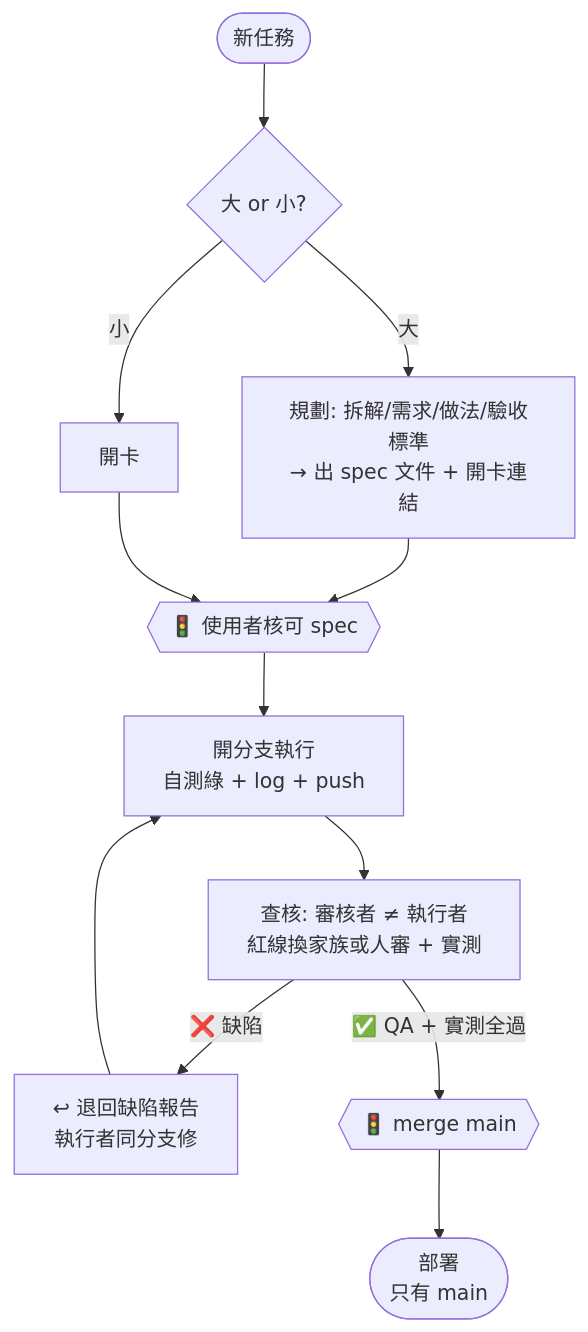
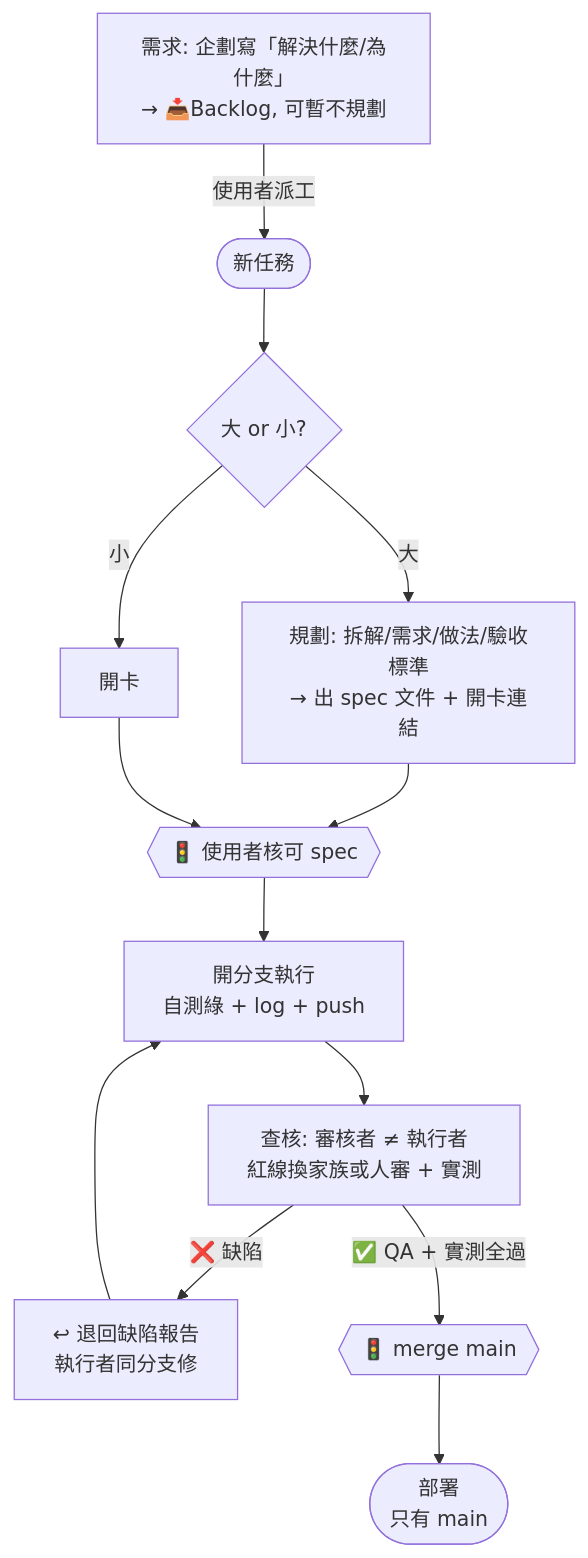
One commit to ruan6047/ai-workflow changed the first of 2 diagrams in AI_WORKFLOW.md. Above: the diagram before and after it, drawn with Mermaid. The commit also changed other lines of this file and 1 other file, not shown here.

````diff
--- a/AI_WORKFLOW.md
+++ b/AI_WORKFLOW.md
@@ -22,14 +22,15 @@
 ```mermaid
 flowchart TB
-    N([新任務]) --> Q{大 or 小?}
+    RQ[需求: 企劃寫「解決什麼/為什麼」<br/>→ 📥Backlog, 可暫不規劃] -->|使用者派工| N([新任務])
+    N --> Q{大 or 小?}
     Q -->|小| C[開卡]
     Q -->|大| PL[規劃: 拆解/需求/做法/驗收標準<br/>→ 出 spec 文件 + 開卡連結]
     PL --> G1{{🚦 使用者核可 spec}}
     C --> G1
     G1 --> B[開分支執行<br/>自測綠 + log + push]
     B --> RV[查核: 審核者 ≠ 執行者<br/>紅線換家族或人審 + 實測]
     RV -->|❌ 缺陷| RJ[↩ 退回缺陷報告<br/>執行者同分支修]
     RJ --> B
     RV -->|✅ QA + 實測全過| G2{{🚦 merge main}}
     G2 --> DP([部署<br/>只有 main])
 ```
````
